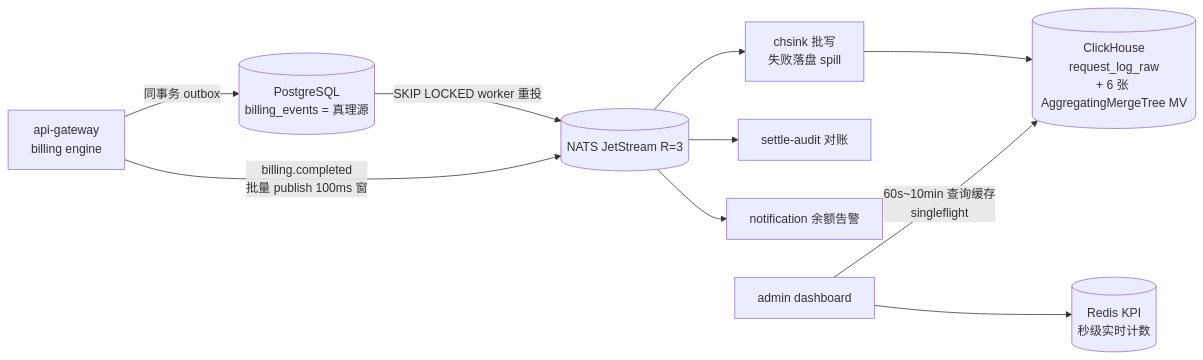
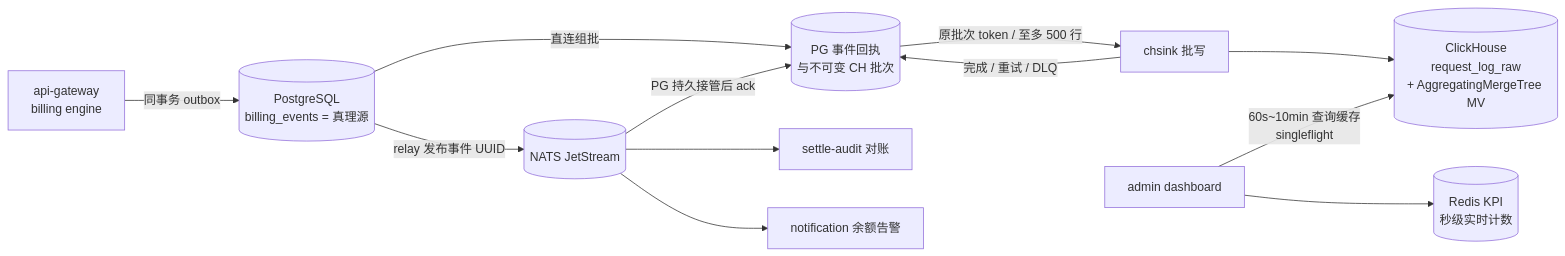
The second of 3 diagrams in DESIGN.md (qiaojinxia/okapi), drawn with Mermaid before and after one commit. The commit also changed other lines of this file and 225 other files, not shown here.

````diff
--- a/DESIGN.md
+++ b/DESIGN.md
@@ -425,12 +425,14 @@
 ```mermaid
 flowchart LR
     G[api-gateway<br/>billing engine] -->|"同事务 outbox"| PGDB[(PostgreSQL<br/>billing_events = 真理源)]
-    PGDB -->|"SKIP LOCKED worker 重投"| N
-    G -->|"billing.completed<br/>批量 publish 100ms 窗"| N[(NATS JetStream R=3)]
-    N --> CHS[chsink 批写<br/>失败落盘 spill]
+    PGDB -->|"relay 发布事件 UUID"| N[(NATS JetStream)]
+    PGDB -->|"直连组批"| B[(PG 事件回执<br/>与不可变 CH 批次)]
+    N -->|"PG 持久接管后 ack"| B
+    B -->|"原批次 token / 至多 500 行"| CHS[chsink 批写]
     N --> AUD[settle-audit 对账]
     N --> NOTI[notification 余额告警]
-    CHS --> CH[(ClickHouse<br/>request_log_raw<br/>+ 6 张 AggregatingMergeTree MV)]
+    CHS --> CH[(ClickHouse<br/>request_log_raw<br/>+ AggregatingMergeTree MV)]
+    CHS -->|"完成 / 重试 / DLQ"| B
     ADM[admin dashboard] -->|"60s~10min 查询缓存<br/>singleflight"| CH
     ADM --> RK[(Redis KPI<br/>秒级实时计数)]
 ```
````
